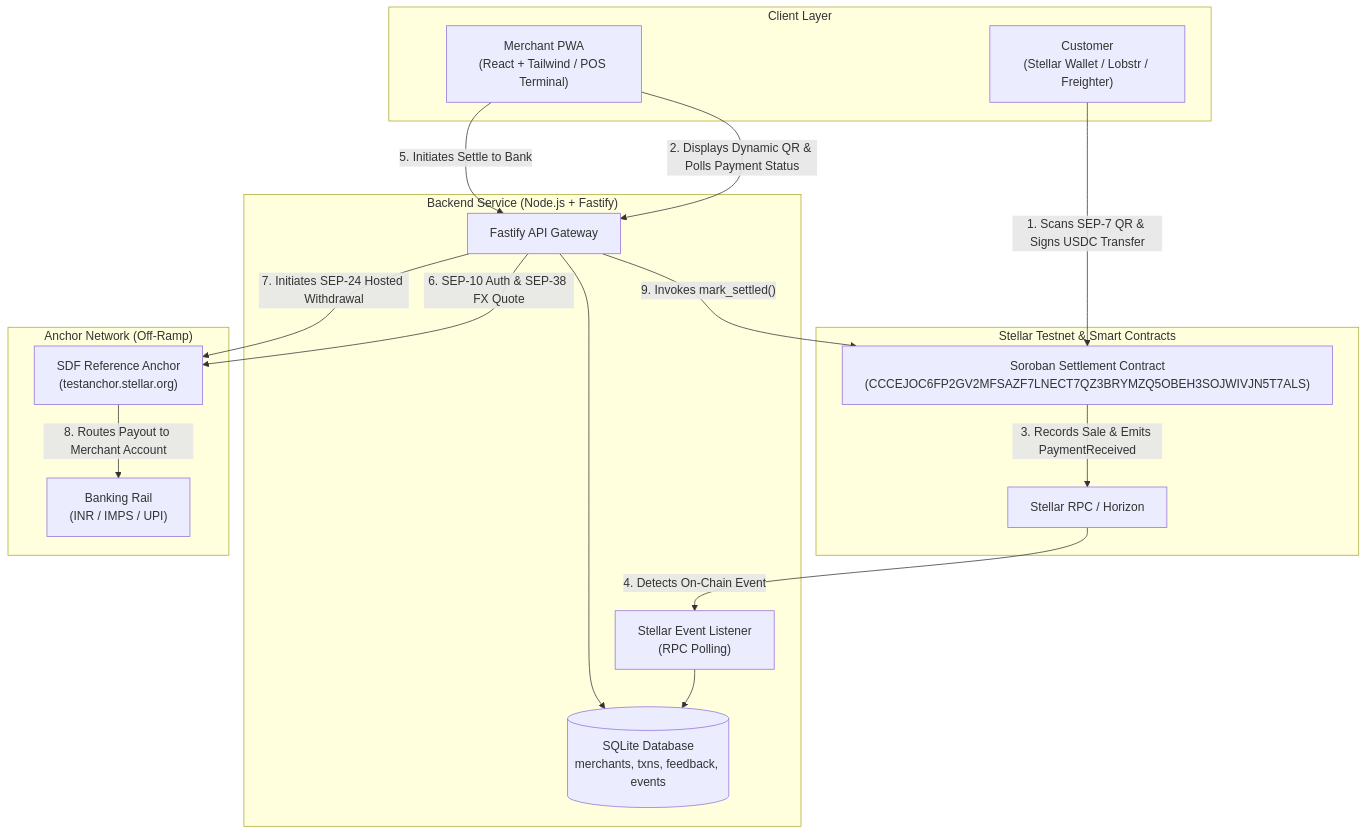
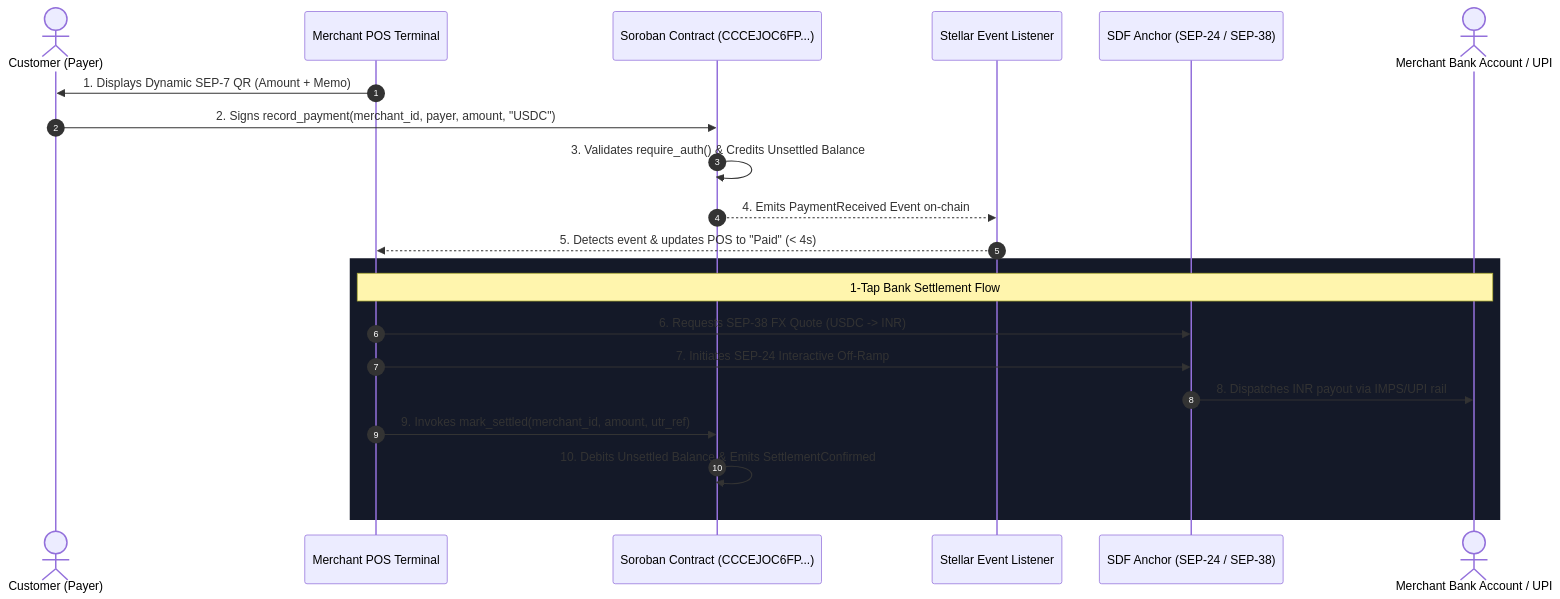
Before and after one commit to Gamferno/stellar-pe: the diagram in README.md, drawn with Mermaid. The commit also changed other lines of this file and 2 other files, not shown here.

````diff
--- a/README.md
+++ b/README.md
@@ -80,35 +93,25 @@
 ```mermaid
-flowchart TD
-    subgraph Client_Layer ["Client Layer"]
-        Customer["Customer<br/>(Stellar Wallet / Lobstr / Freighter)"]
-        Merchant["Merchant PWA<br/>(React + Tailwind / POS Terminal)"]
+sequenceDiagram
+    autonumber
+    actor Customer as Customer (Payer)
+    participant POS as Merchant POS Terminal
+    participant Soroban as Soroban Contract (CCCEJOC6FP...)
+    participant Listener as Stellar Event Listener
+    participant Anchor as SDF Anchor (SEP-24 / SEP-38)
+    actor Bank as Merchant Bank Account / UPI
+
+    POS->>Customer: 1. Displays Dynamic SEP-7 QR (Amount + Memo)
+    Customer->>Soroban: 2. Signs record_payment(merchant_id, payer, amount, "USDC")
+    Soroban->>Soroban: 3. Validates require_auth() & Credits Unsettled Balance
+    Soroban-->>Listener: 4. Emits PaymentReceived Event on-chain
+    Listener-->>POS: 5. Detects event & updates POS to "Paid" (< 4s)
+    
+    rect rgb(20, 25, 40)
+        Note over POS,Bank: 1-Tap Bank Settlement Flow
+        POS->>Anchor: 6. Requests SEP-38 FX Quote (USDC -> INR)
+        POS->>Anchor: 7. Initiates SEP-24 Interactive Off-Ramp
+        Anchor->>Bank: 8. Dispatches INR payout via IMPS/UPI rail
+        POS->>Soroban: 9. Invokes mark_settled(merchant_id, amount, utr_ref)
+        Soroban->>Soroban: 10. Debits Unsettled Balance & Emits SettlementConfirmed
     end
-
-    subgraph Backend_Layer ["Backend Service (Node.js + Fastify)"]
-        API["Fastify API Gateway"]
-        EventListener["Stellar Event Listener<br/>(RPC Polling)"]
-        DB[(SQLite Database<br/>merchants, txns, feedback, events)]
-    end
-
-    subgraph Stellar_Network ["Stellar Testnet & Smart Contracts"]
-        Soroban["Soroban Settlement Contract<br/>(CCCEJOC6FP2GV2MFSAZF7LNECT7QZ3BRYMZQ5OBEH3SOJWIVJN5T7ALS)"]
-        Horizon["Stellar RPC / Horizon"]
-    end
-
-    subgraph Anchor_Infrastructure ["Anchor Network (Off-Ramp)"]
-        Anchor["SDF Reference Anchor<br/>(testanchor.stellar.org)"]
-        Bank["Banking Rail<br/>(INR / IMPS / UPI)"]
-    end
-
-    Customer -- "1. Scans SEP-7 QR & Signs USDC Transfer" --> Soroban
-    Merchant -- "2. Displays Dynamic QR & Polls Payment Status" --> API
-    Soroban -- "3. Records Sale & Emits PaymentReceived" --> Horizon
-    Horizon -- "4. Detects On-Chain Event" --> EventListener
-    EventListener --> DB
-    API --> DB
-    Merchant -- "5. Initiates Settle to Bank" --> API
-    API -- "6. SEP-10 Auth & SEP-38 FX Quote" --> Anchor
-    API -- "7. Initiates SEP-24 Hosted Withdrawal" --> Anchor
-    Anchor -- "8. Routes Payout to Merchant Account" --> Bank
-    API -- "9. Invokes mark_settled()" --> Soroban
 ```
````
